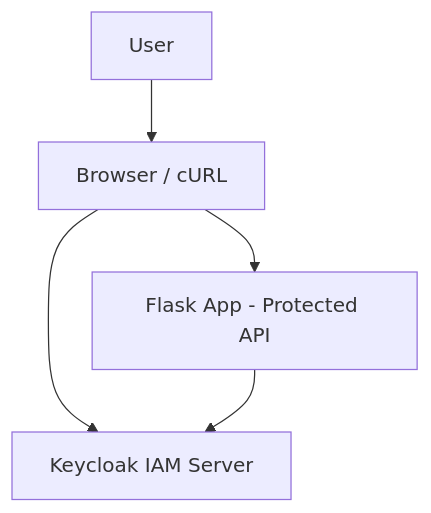
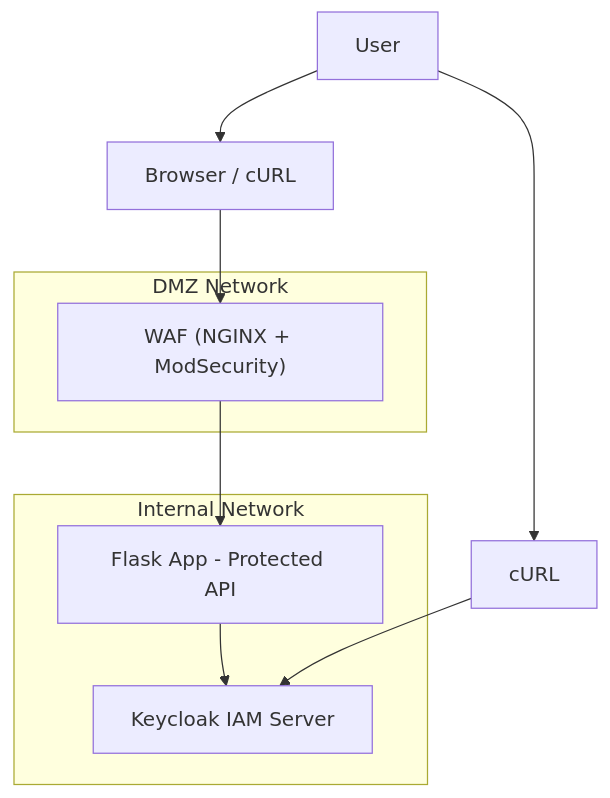
One commit to timmybx/202501_Cybersecurity-Architectures_SEAS_8405_DC8 changed the diagram in homework8/deliverables/README.md. Above: the diagram before and after it, drawn with Mermaid. The commit also changed other lines of this file and 3 other files, not shown here.

````diff
--- a/homework8/deliverables/README.md
+++ b/homework8/deliverables/README.md
@@ -13,7 +15,13 @@
 ```mermaid
 flowchart TD
-    U[User] --> C["Browser / cURL"]
-    C --> K["Keycloak IAM Server"]
-    C --> F["Flask App - Protected API"]
-    F --> K
+    U[User] --> B["Browser / cURL"]
+    B --> WAF["WAF (NGINX + ModSecurity)"]
+    WAF --> F["Flask App - Protected API"]
+    subgraph DMZ Network
+        WAF
+    end
+    subgraph Internal Network
+        F --> K["Keycloak IAM Server"]
+    end
+    U --> C["cURL"] --> K
 ```
````
